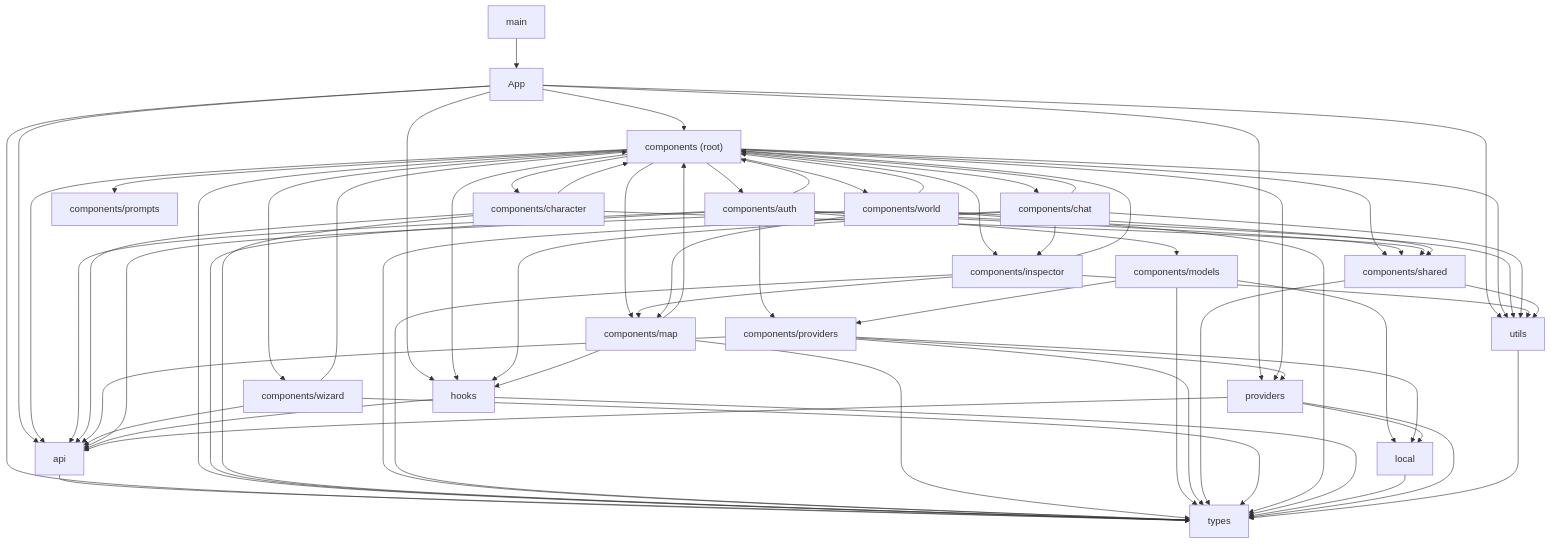
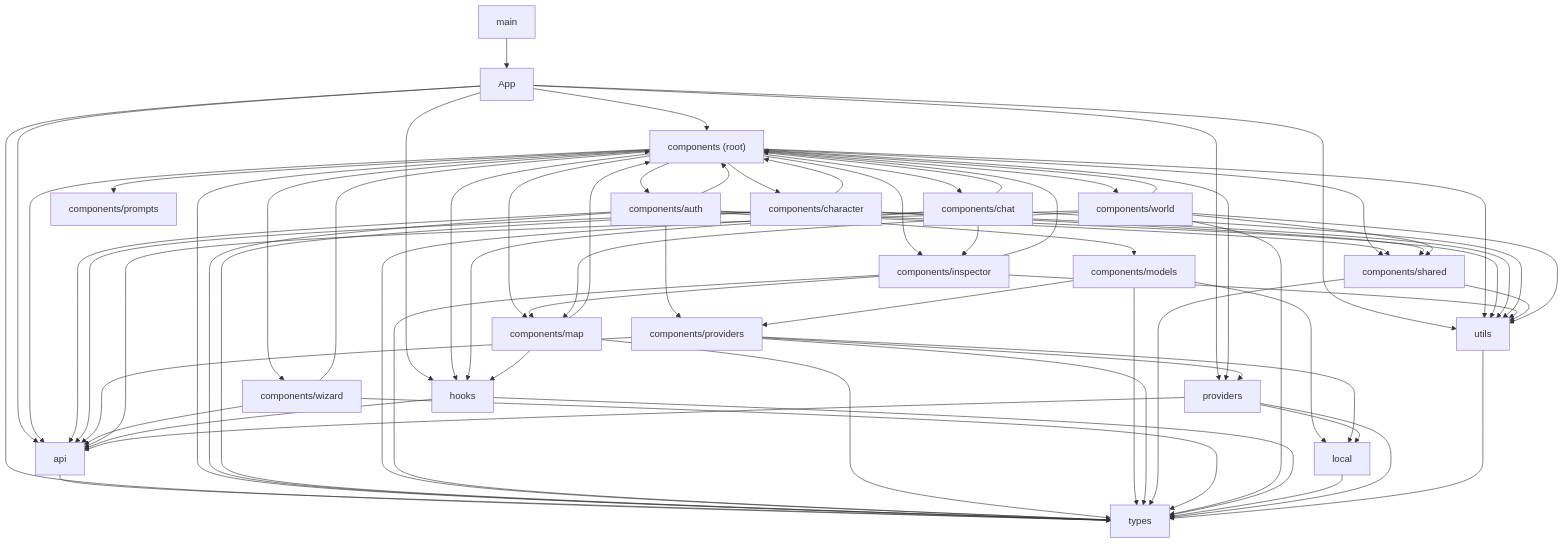
Before and after one commit to diegolima/CyberCantina: the diagram in docs/architecture/FRONTEND_GRAPH.md, drawn with Mermaid. The commit also changed other lines of this file and 31 other files, not shown here.

```diff
--- a/docs/architecture/FRONTEND_GRAPH.md
+++ b/docs/architecture/FRONTEND_GRAPH.md
@@ -65,6 +65,7 @@
     b_4 --> b_2
     b_4 --> b_11
     b_4 --> b_18
+    b_4 --> b_19
     b_5 --> b_2
     b_5 --> b_6
     b_5 --> b_14
@@ -94,6 +95,7 @@
     b_13 --> b_7
     b_13 --> b_11
     b_13 --> b_18
+    b_13 --> b_19
     b_14 --> b_1
     b_14 --> b_18
     b_15 --> b_18
```
